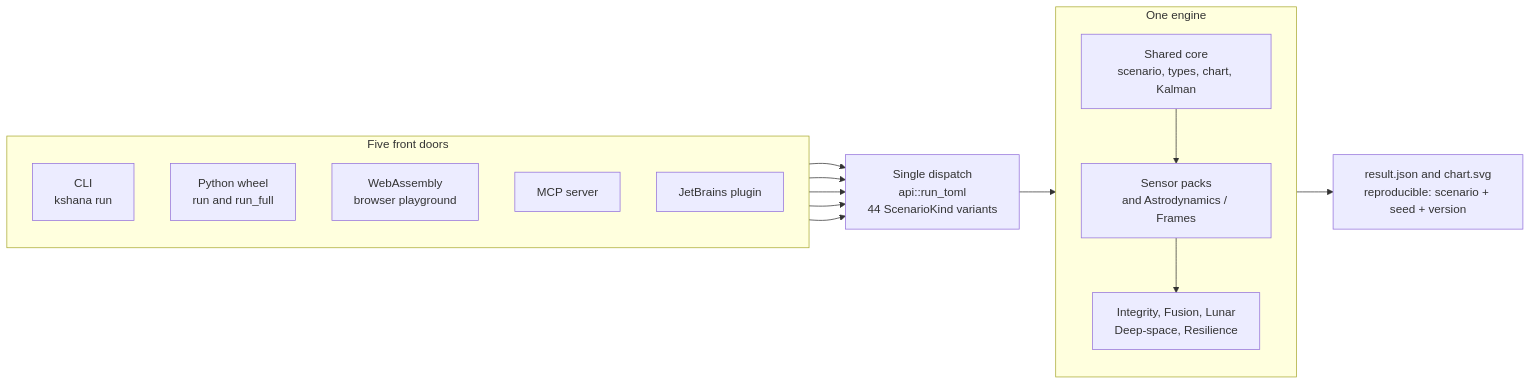
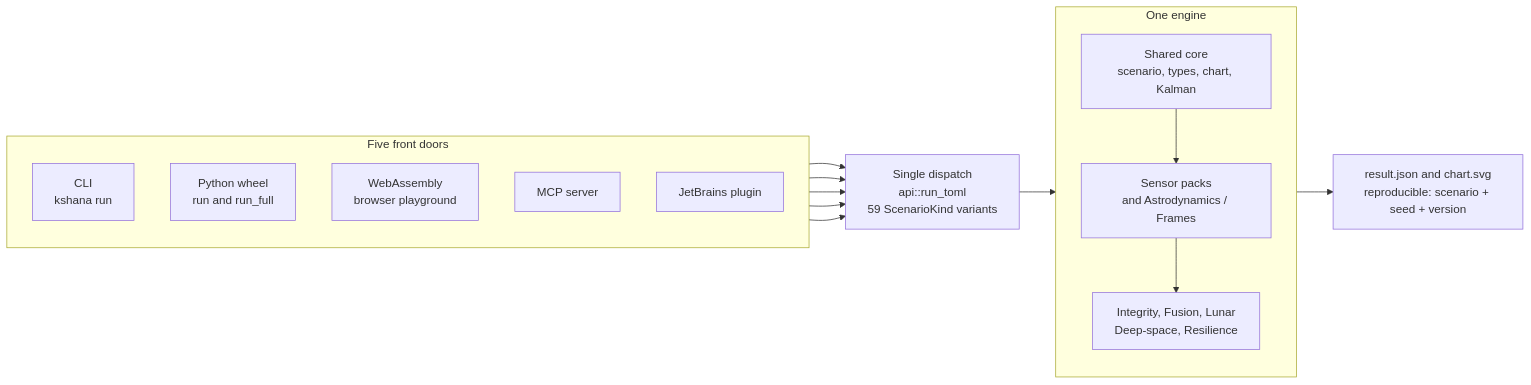
One commit to ashfordeOU/kshana changed the diagram in docs/diagrams/system-overview.mmd. Above: the diagram before and after it, drawn with Mermaid. The commit also changed 8 other files, not shown here.

```diff
--- a/docs/diagrams/system-overview.mmd
+++ b/docs/diagrams/system-overview.mmd
@@ -1,31 +1,31 @@
 flowchart LR
     subgraph DOORS[Five front doors]
         direction TB
         CLI[CLI<br/>kshana run]
         PY[Python wheel<br/>run and run_full]
         WASM[WebAssembly<br/>browser playground]
         MCP[MCP server]
         IDE[JetBrains plugin]
     end
 
-    DISPATCH[Single dispatch<br/>api::run_toml<br/>44 ScenarioKind variants]
+    DISPATCH[Single dispatch<br/>api::run_toml<br/>59 ScenarioKind variants]
 
     subgraph ENGINE[One engine]
         direction TB
         CORE[Shared core<br/>scenario, types, chart, Kalman]
         PACKS[Sensor packs<br/>and Astrodynamics / Frames]
         DOMAIN[Integrity, Fusion, Lunar<br/>Deep-space, Resilience]
         CORE --> PACKS
         PACKS --> DOMAIN
     end
 
     OUT[result.json and chart.svg<br/>reproducible: scenario + seed + version]
 
     CLI --> DISPATCH
     PY --> DISPATCH
     WASM --> DISPATCH
     MCP --> DISPATCH
     IDE --> DISPATCH
 
     DISPATCH --> ENGINE
     ENGINE --> OUT
```
